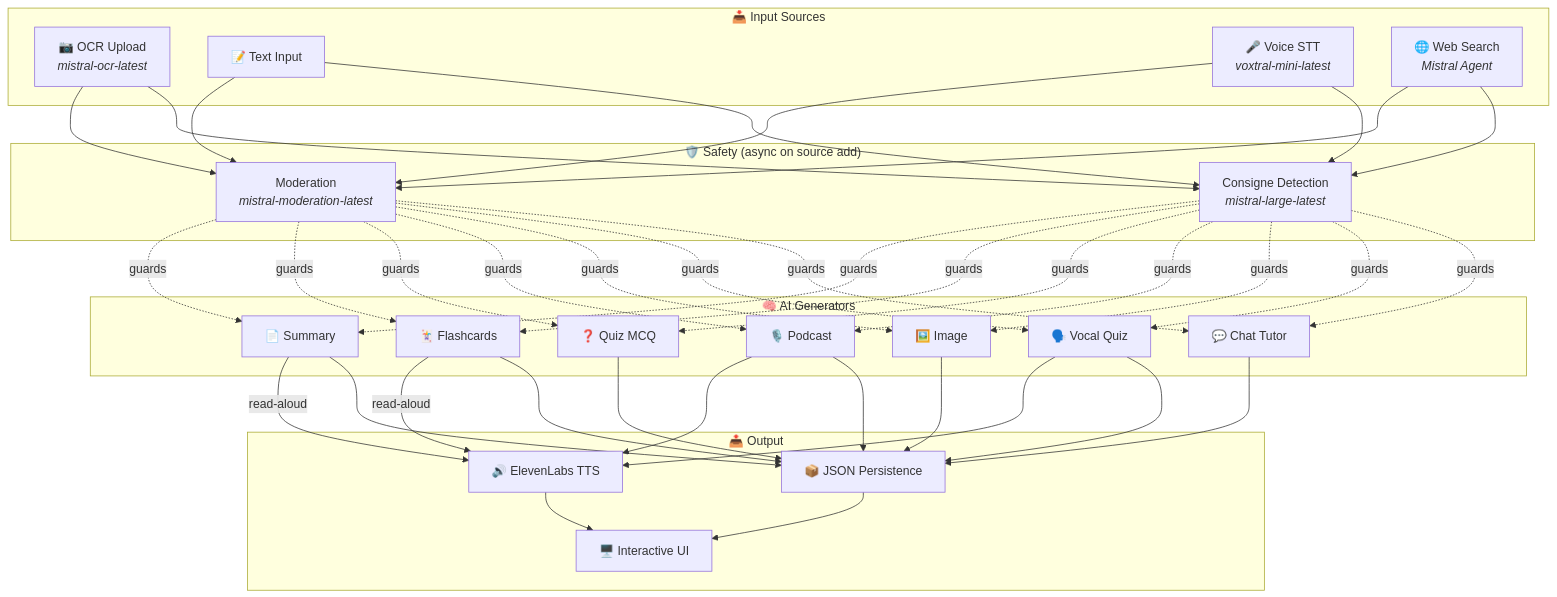
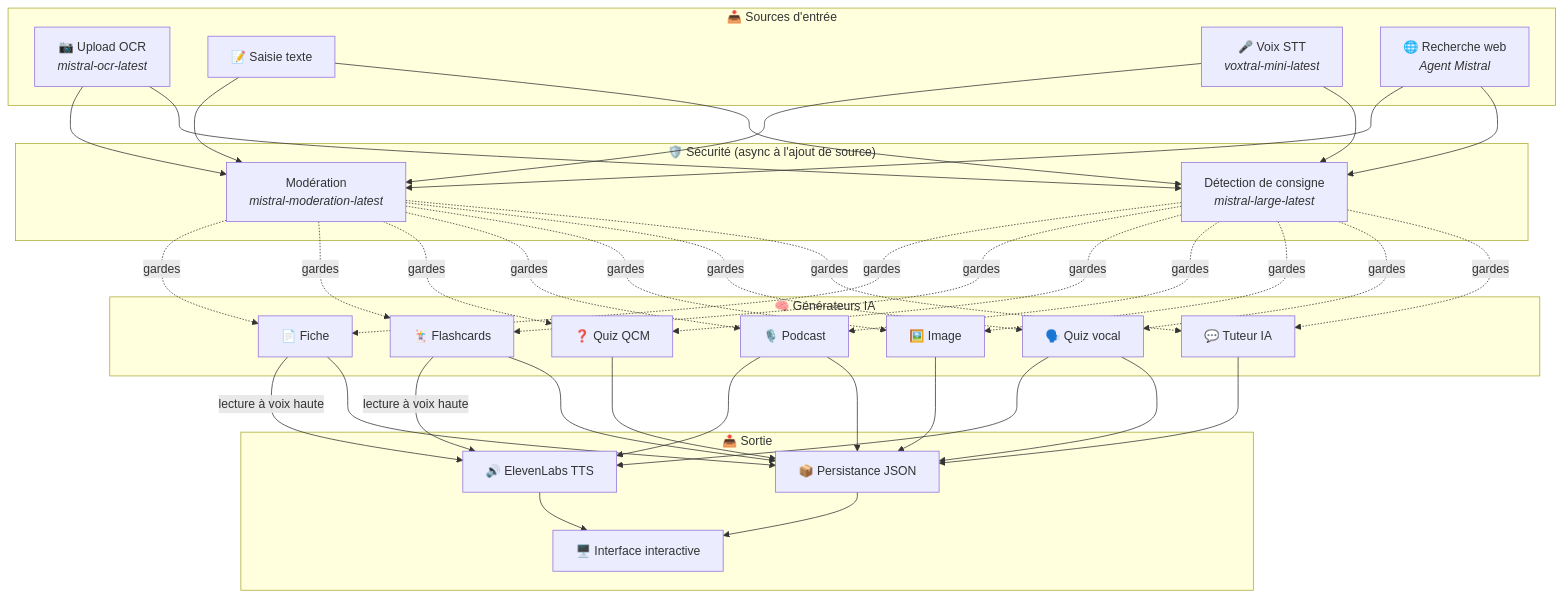
The first of 3 diagrams in README.md (jls42/EurekAI), drawn with Mermaid before and after one commit. The commit also changed other lines of this file and 15 other files, not shown here.

````diff
--- a/README.md
+++ b/README.md
@@ -58,39 +58,39 @@
 ```mermaid
 graph TD
-    subgraph "📥 Input Sources"
-        OCR["📷 OCR Upload<br/><i>mistral-ocr-latest</i>"]
-        TXT["📝 Text Input"]
-        MIC["🎤 Voice STT<br/><i>voxtral-mini-latest</i>"]
-        WEB["🌐 Web Search<br/><i>Mistral Agent</i>"]
+    subgraph "📥 Sources d'entrée"
+        OCR["📷 Upload OCR<br/><i>mistral-ocr-latest</i>"]
+        TXT["📝 Saisie texte"]
+        MIC["🎤 Voix STT<br/><i>voxtral-mini-latest</i>"]
+        WEB["🌐 Recherche web<br/><i>Agent Mistral</i>"]
     end
 
-    subgraph "🛡️ Safety (async on source add)"
-        MOD["Moderation<br/><i>mistral-moderation-latest</i>"]
-        CON["Consigne Detection<br/><i>mistral-large-latest</i>"]
+    subgraph "🛡️ Sécurité (async à l'ajout de source)"
+        MOD["Modération<br/><i>mistral-moderation-latest</i>"]
+        CON["Détection de consigne<br/><i>mistral-large-latest</i>"]
     end
 
-    subgraph "🧠 AI Generators"
-        SUM["📄 Summary"]
+    subgraph "🧠 Générateurs IA"
+        SUM["📄 Fiche"]
         FC["🃏 Flashcards"]
-        QZ["❓ Quiz MCQ"]
+        QZ["❓ Quiz QCM"]
         POD["🎙️ Podcast"]
         IMG["🖼️ Image"]
-        QV["🗣️ Vocal Quiz"]
-        CHAT["💬 Chat Tutor"]
+        QV["🗣️ Quiz vocal"]
+        CHAT["💬 Tuteur IA"]
     end
 
-    subgraph "📤 Output"
+    subgraph "📤 Sortie"
         TTS["🔊 ElevenLabs TTS"]
-        JSON["📦 JSON Persistence"]
-        UI["🖥️ Interactive UI"]
+        JSON["📦 Persistance JSON"]
+        UI["🖥️ Interface interactive"]
     end
 
     OCR & TXT & MIC & WEB --> MOD & CON
-    MOD & CON -.->|guards| SUM & FC & QZ & POD & IMG & QV & CHAT
+    MOD & CON -.->|gardes| SUM & FC & QZ & POD & IMG & QV & CHAT
     POD --> TTS
     QV --> TTS
-    SUM & FC -->|read-aloud| TTS
+    SUM & FC -->|lecture à voix haute| TTS
     SUM & FC & QZ & POD & IMG & QV & CHAT --> JSON
     JSON --> UI
     TTS --> UI
 ```
````
